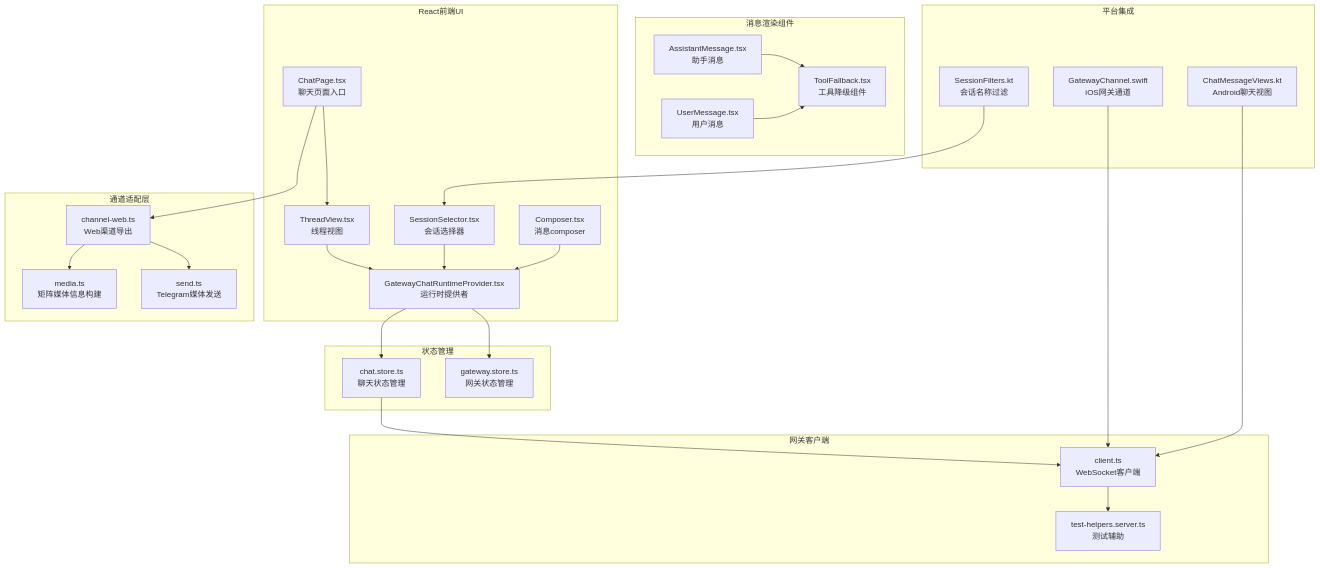
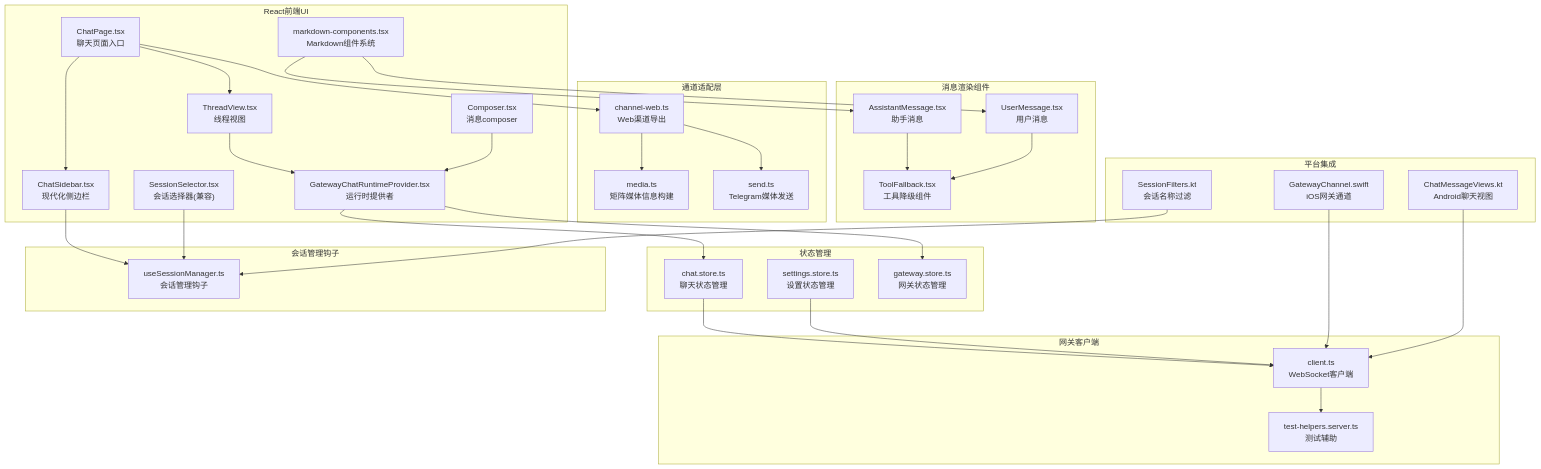
The first of 12 diagrams in .qoder/repowiki/zh/content/Web界面/WebChat界面.md (verse-ai-org/openclaw), drawn with Mermaid before and after one commit. The commit also changed other lines of this file and 46 other files, not shown here.

````diff
--- a/.qoder/repowiki/zh/content/Web界面/WebChat界面.md
+++ b/.qoder/repowiki/zh/content/Web界面/WebChat界面.md
@@ -77,49 +80,60 @@
 ```mermaid
 graph TB
 subgraph "React前端UI"
 React_ChatPage["ChatPage.tsx<br/>聊天页面入口"]
+React_ChatSidebar["ChatSidebar.tsx<br/>现代化侧边栏"]
+React_Markdown["markdown-components.tsx<br/>Markdown组件系统"]
 React_ThreadView["ThreadView.tsx<br/>线程视图"]
-React_Session["SessionSelector.tsx<br/>会话选择器"]
+React_Session["SessionSelector.tsx<br/>会话选择器(兼容)"]
 React_Composer["Composer.tsx<br/>消息composer"]
 React_Runtime["GatewayChatRuntimeProvider.tsx<br/>运行时提供者"]
 end
 subgraph "状态管理"
 Zustand_Chat["chat.store.ts<br/>聊天状态管理"]
+Zustand_Settings["settings.store.ts<br/>设置状态管理"]
 Zustand_Gateway["gateway.store.ts<br/>网关状态管理"]
 end
 subgraph "消息渲染组件"
 React_Assistant["AssistantMessage.tsx<br/>助手消息"]
 React_User["UserMessage.tsx<br/>用户消息"]
 React_Tool["ToolFallback.tsx<br/>工具降级组件"]
+end
+subgraph "会话管理钩子"
+Hook_SessionManager["useSessionManager.ts<br/>会话管理钩子"]
 end
 subgraph "网关客户端"
 GW_Client["client.ts<br/>WebSocket客户端"]
 GW_Server["test-helpers.server.ts<br/>测试辅助"]
 end
 subgraph "通道适配层"
 Web_Channel["channel-web.ts<br/>Web渠道导出"]
 Media_Send["media.ts<br/>矩阵媒体信息构建"]
 Telegram_Send["send.ts<br/>Telegram媒体发送"]
 end
 subgraph "平台集成"
 iOS_Gateway["GatewayChannel.swift<br/>iOS网关通道"]
 Android_UI["ChatMessageViews.kt<br/>Android聊天视图"]
 Android_Session["SessionFilters.kt<br/>会话名称过滤"]
 end
+React_ChatPage --> React_ChatSidebar
+React_ChatSidebar --> Hook_SessionManager
 React_ChatPage --> React_ThreadView
 React_ThreadView --> React_Runtime
-React_Session --> React_Runtime
+React_Session --> Hook_SessionManager
 React_Composer --> React_Runtime
 React_Runtime --> Zustand_Chat
 React_Runtime --> Zustand_Gateway
+React_Markdown --> React_Assistant
+React_Markdown --> React_User
 React_Assistant --> React_Tool
 React_User --> React_Tool
 Zustand_Chat --> GW_Client
+Zustand_Settings --> GW_Client
 GW_Client --> GW_Server
 React_ChatPage --> Web_Channel
 Web_Channel --> Media_Send
 Web_Channel --> Telegram_Send
 iOS_Gateway --> GW_Client
 Android_UI --> GW_Client
-Android_Session --> React_Session
+Android_Session --> Hook_SessionManager
 ```
````
